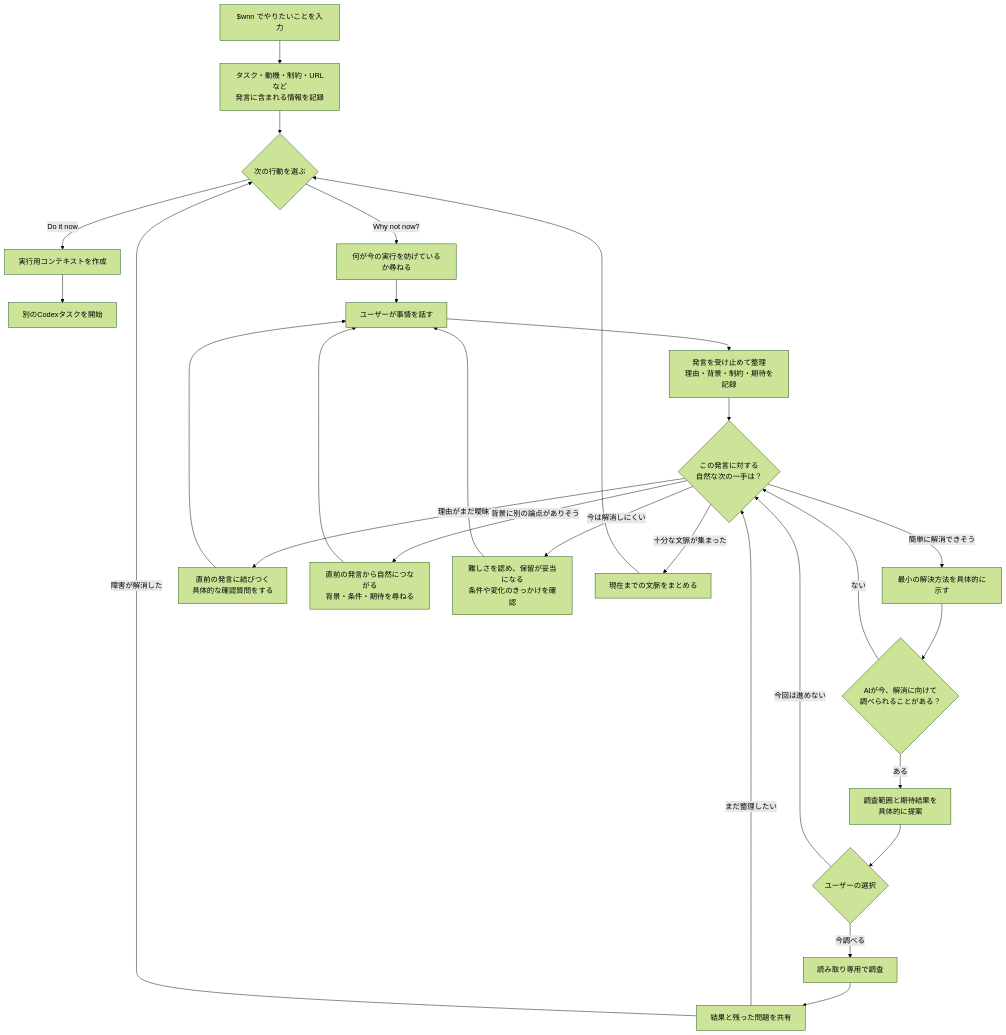
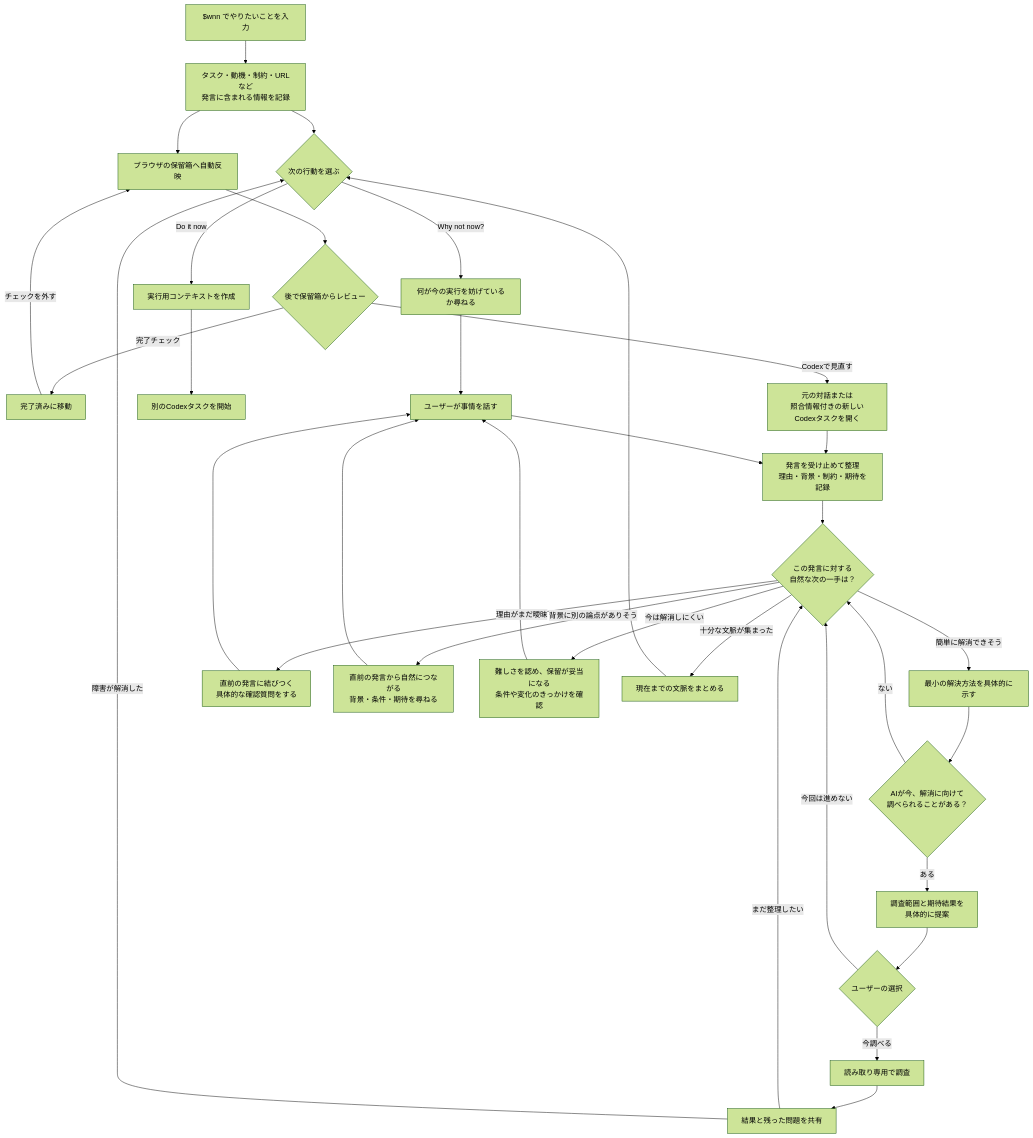
Before and after one commit to Ghaos/WhyNotNow: the diagram in docs/dialogue-flowchart.md, drawn with Mermaid (forest theme). The commit also changed 18 other files, not shown here.

````diff
--- a/docs/dialogue-flowchart.md
+++ b/docs/dialogue-flowchart.md
@@ -7,37 +7,44 @@
 ```mermaid
 flowchart TD
     A["$wnn でやりたいことを入力"] --> B["タスク・動機・制約・URLなど<br/>発言に含まれる情報を記録"]
     B --> C{"次の行動を選ぶ"}
+    B --> T["ブラウザの保留箱へ自動反映"]
+
+    T --> U{"後で保留箱からレビュー"}
+    U -->|"完了チェック"| V["完了済みに移動"]
+    V -->|"チェックを外す"| T
+    U -->|"Codexで見直す"| W["元の対話または<br/>照合情報付きの新しいCodexタスクを開く"]
+    W --> F
 
     C -->|"Do it now"| X["実行用コンテキストを作成"]
     X --> Y["別のCodexタスクを開始"]
 
     C -->|"Why not now?"| D["何が今の実行を妨げているか尋ねる"]
     D --> E["ユーザーが事情を話す"]
     E --> F["発言を受け止めて整理<br/>理由・背景・制約・期待を記録"]
     F --> G{"この発言に対する<br/>自然な次の一手は？"}
 
     G -->|"簡単に解消できそう"| H["最小の解決方法を具体的に示す"]
     H --> I{"AIが今、解消に向けて<br/>調べられることがある？"}
     I -->|"ある"| J["調査範囲と期待結果を<br/>具体的に提案"]
     J --> K{"ユーザーの選択"}
     K -->|"今調べる"| L["読み取り専用で調査"]
     L --> M["結果と残った問題を共有"]
     K -->|"今回は進めない"| G
     I -->|"ない"| G
 
     G -->|"理由がまだ曖昧"| Q["直前の発言に結びつく<br/>具体的な確認質問をする"]
     Q --> E
 
     G -->|"背景に別の論点がありそう"| R["直前の発言から自然につながる<br/>背景・条件・期待を尋ねる"]
     R --> E
 
     G -->|"今は解消しにくい"| S["難しさを認め、保留が妥当になる<br/>条件や変化のきっかけを確認"]
     S --> E
 
     G -->|"十分な文脈が集まった"| P["現在までの文脈をまとめる"]
     P --> C
 
     M -->|"まだ整理したい"| G
     M -->|"障害が解消した"| C
 ```
````
